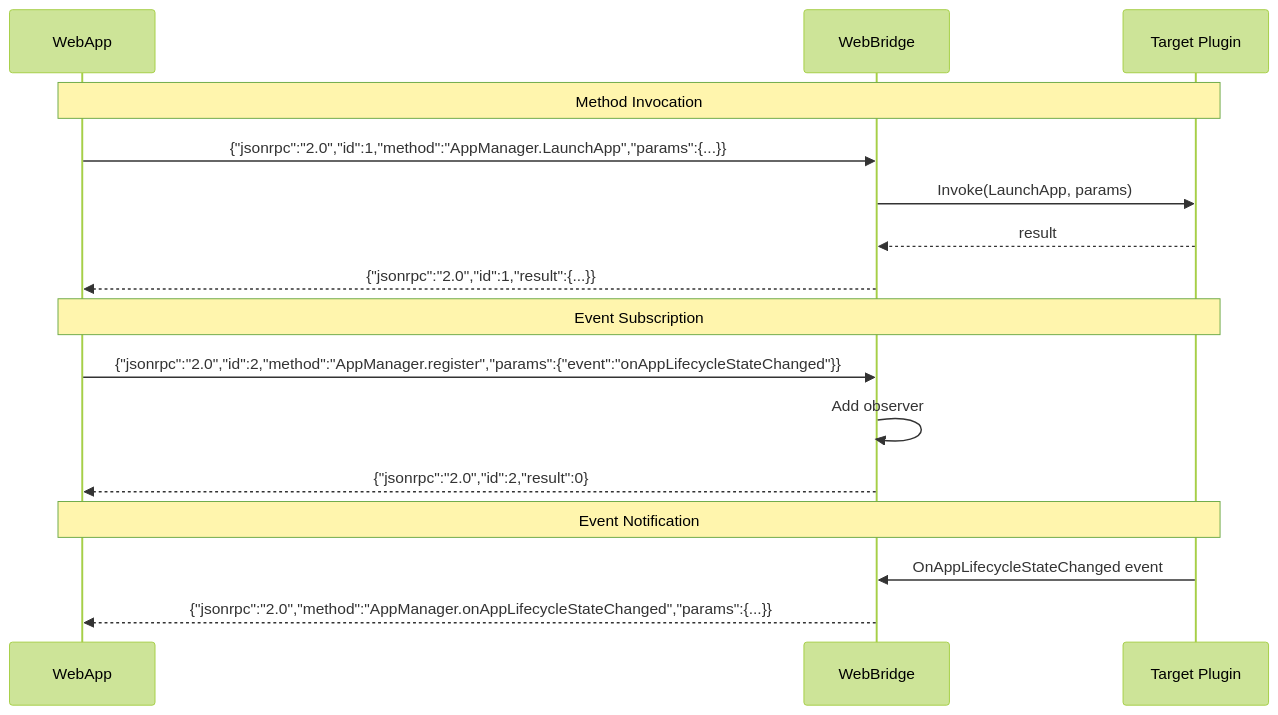
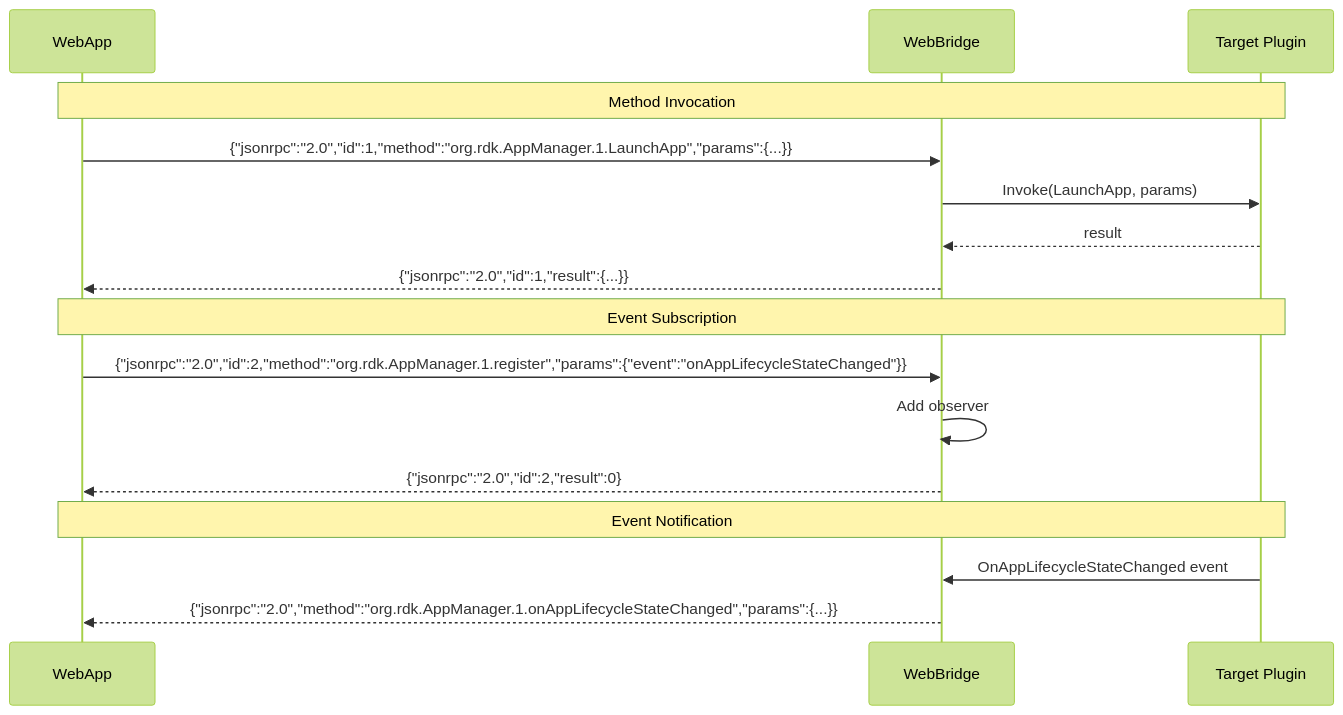
Before and after one commit to rdkcentral/entservices-appmanagers: the third of 4 diagrams in WebBridge/WebBridge.md, drawn with Mermaid (forest theme).

Commit message:
appmanager fix

````diff
--- a/WebBridge/WebBridge.md
+++ b/WebBridge/WebBridge.md
@@ -133,21 +133,21 @@
 ```mermaid
 sequenceDiagram
     participant WebApp
     participant WebBridge
     participant Plugin as Target Plugin
 
     Note over WebApp,Plugin: Method Invocation
-    WebApp->>WebBridge: {"jsonrpc":"2.0","id":1,"method":"AppManager.LaunchApp","params":{...}}
+    WebApp->>WebBridge: {"jsonrpc":"2.0","id":1,"method":"org.rdk.AppManager.1.LaunchApp","params":{...}}
     WebBridge->>Plugin: Invoke(LaunchApp, params)
     Plugin-->>WebBridge: result
     WebBridge-->>WebApp: {"jsonrpc":"2.0","id":1,"result":{...}}
 
     Note over WebApp,Plugin: Event Subscription
-    WebApp->>WebBridge: {"jsonrpc":"2.0","id":2,"method":"AppManager.register","params":{"event":"onAppLifecycleStateChanged"}}
+    WebApp->>WebBridge: {"jsonrpc":"2.0","id":2,"method":"org.rdk.AppManager.1.register","params":{"event":"onAppLifecycleStateChanged"}}
     WebBridge->>WebBridge: Add observer
     WebBridge-->>WebApp: {"jsonrpc":"2.0","id":2,"result":0}
 
     Note over WebApp,Plugin: Event Notification
     Plugin->>WebBridge: OnAppLifecycleStateChanged event
-    WebBridge-->>WebApp: {"jsonrpc":"2.0","method":"AppManager.onAppLifecycleStateChanged","params":{...}}
+    WebBridge-->>WebApp: {"jsonrpc":"2.0","method":"org.rdk.AppManager.1.onAppLifecycleStateChanged","params":{...}}
 ```
````
